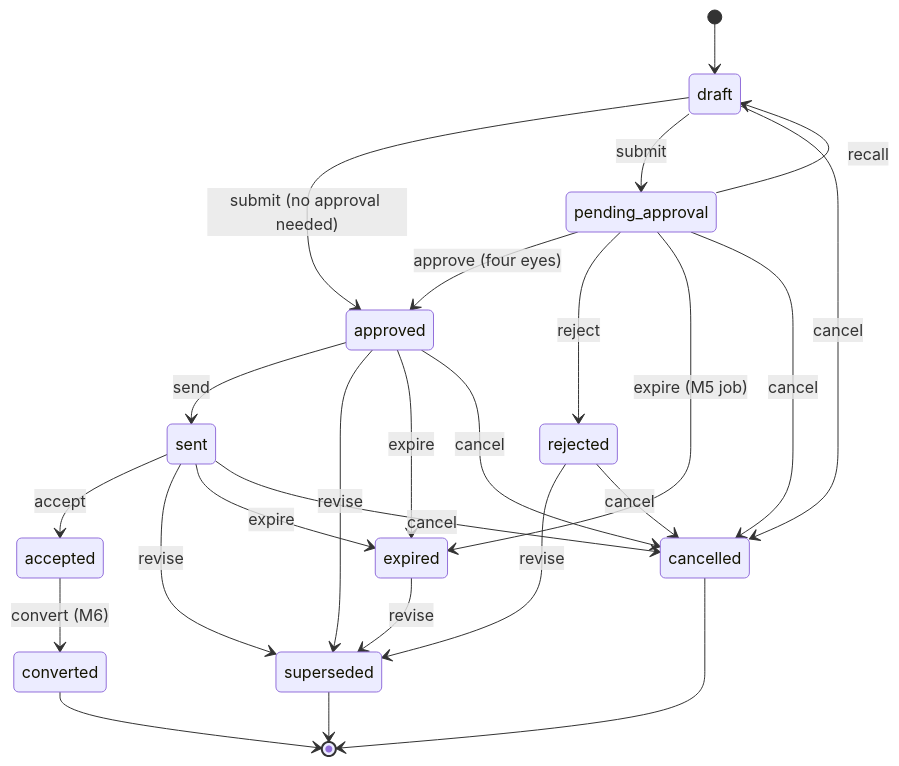
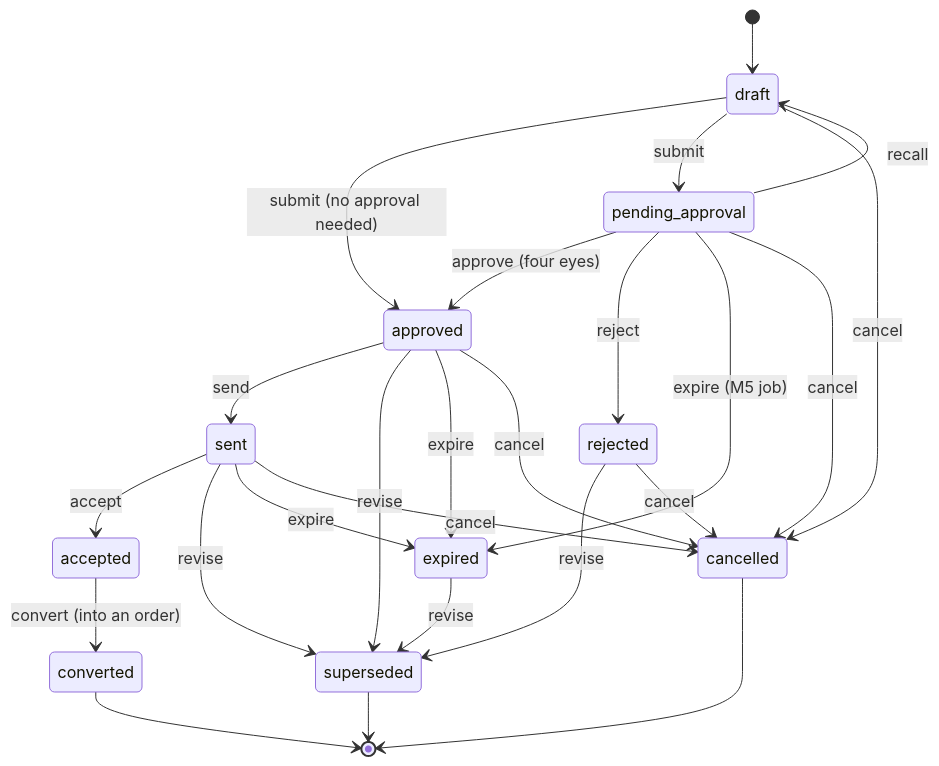
The seventh of 8 diagrams in docs/architecture.md (odvprogra/pricewright-api), drawn with Mermaid before and after one commit. The commit also changed other lines of this file and 3 other files, not shown here.

Commit message:
docs: close M6 in the README, CLAUDE.md, architecture and brief (#72)

````diff
--- a/docs/architecture.md
+++ b/docs/architecture.md
@@ -139,27 +146,27 @@
 ```mermaid
 stateDiagram-v2
     [*] --> draft
     draft --> approved: submit (no approval needed)
     draft --> pending_approval: submit
     pending_approval --> approved: approve (four eyes)
     pending_approval --> rejected: reject
     pending_approval --> draft: recall
     approved --> sent: send
     sent --> accepted: accept
-    accepted --> converted: convert (M6)
+    accepted --> converted: convert (into an order)
     approved --> superseded: revise
     sent --> superseded: revise
     rejected --> superseded: revise
     expired --> superseded: revise
     pending_approval --> expired: expire (M5 job)
     approved --> expired: expire
     sent --> expired: expire
     draft --> cancelled: cancel
     pending_approval --> cancelled: cancel
     approved --> cancelled: cancel
     sent --> cancelled: cancel
     rejected --> cancelled: cancel
     converted --> [*]
     superseded --> [*]
     cancelled --> [*]
 ```
````
